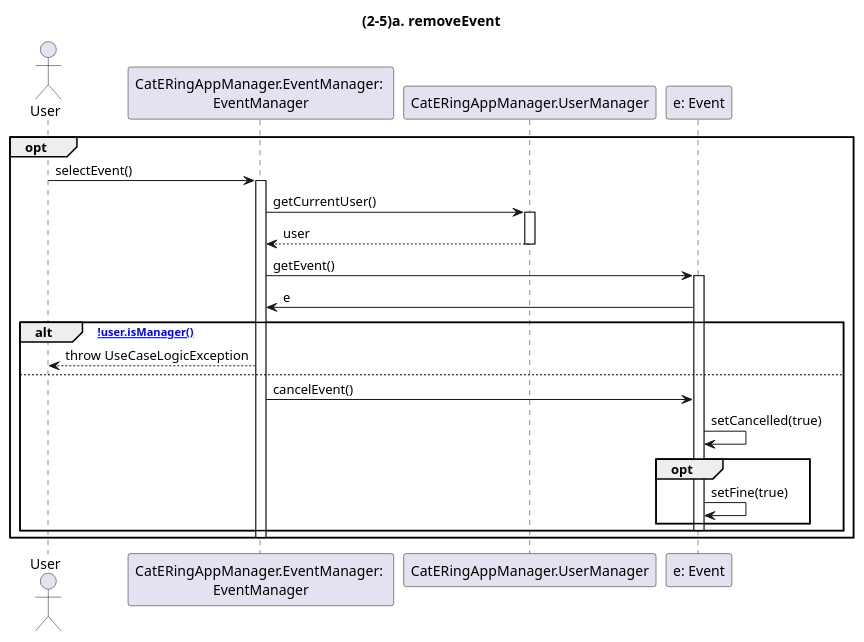
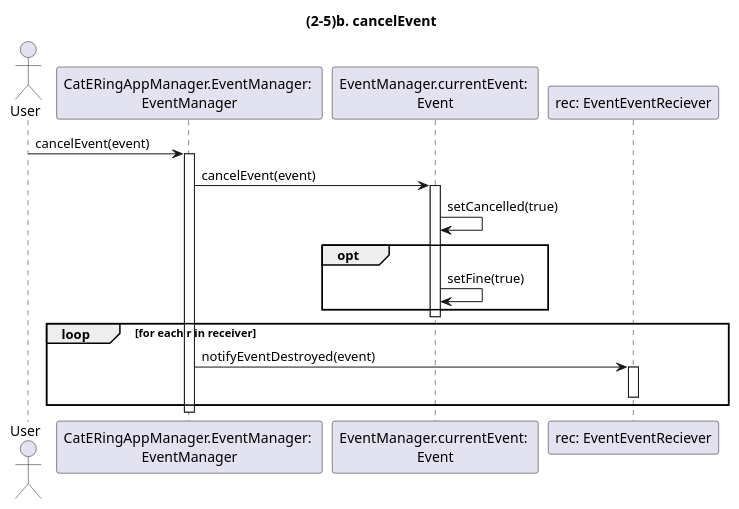
The diagram in dsd/dsd-eventi/estensioniEcc/925b-cancelEvent.md (m0canu1/sas), drawn with PlantUML before and after one commit. The commit also changed other lines of this file and 7 other files, not shown here.

````diff
--- a/dsd/dsd-eventi/estensioniEcc/925b-cancelEvent.md
+++ b/dsd/dsd-eventi/estensioniEcc/925b-cancelEvent.md
@@ -1,35 +1,27 @@
 ```plantuml
 
-title: (2-5)a. removeEvent
+title: (2-5)b. cancelEvent
 
 Actor  User
 Participant "CatERingAppManager.EventManager: \nEventManager"  as EM
-Participant "CatERingAppManager.UserManager" as UM
+Participant "EventManager.currentEvent: \nEvent" as CE
+Participant "rec: EventEventReciever" as EER
 
-opt
-    User -> EM: selectEvent()
-    Activate EM
+User -> EM: cancelEvent(event)
+Activate EM
+EM -> CE: cancelEvent(event)
+Activate CE
+      CE -> CE: setCancelled(true)
+      opt
+        CE -> CE: setFine(true)
+      end
+Deactivate CE
 
-    EM -> UM: getCurrentUser()
-    Activate UM
-        
-    UM --> EM: user
-    Deactivate UM
+loop for each r in receiver
+    EM -> EER: notifyEventDestroyed(event)
+    Activate EER
+    Deactivate EER
+end
+Deactivate EM
 
-    EM -> "e: Event": getEvent()
-    Activate "e: Event"
-    "e: Event" -> EM: e
-
-    alt [!user.isManager()]
-        EM --> User: throw UseCaseLogicException
-    else
-        EM -> "e: Event": cancelEvent()
-        "e: Event" -> "e: Event": setCancelled(true)
-        opt 
-            "e: Event" -> "e: Event": setFine(true)
-        end
-        Deactivate "e: Event"
-    end
-    Deactivate EM
-end
 ```
````
